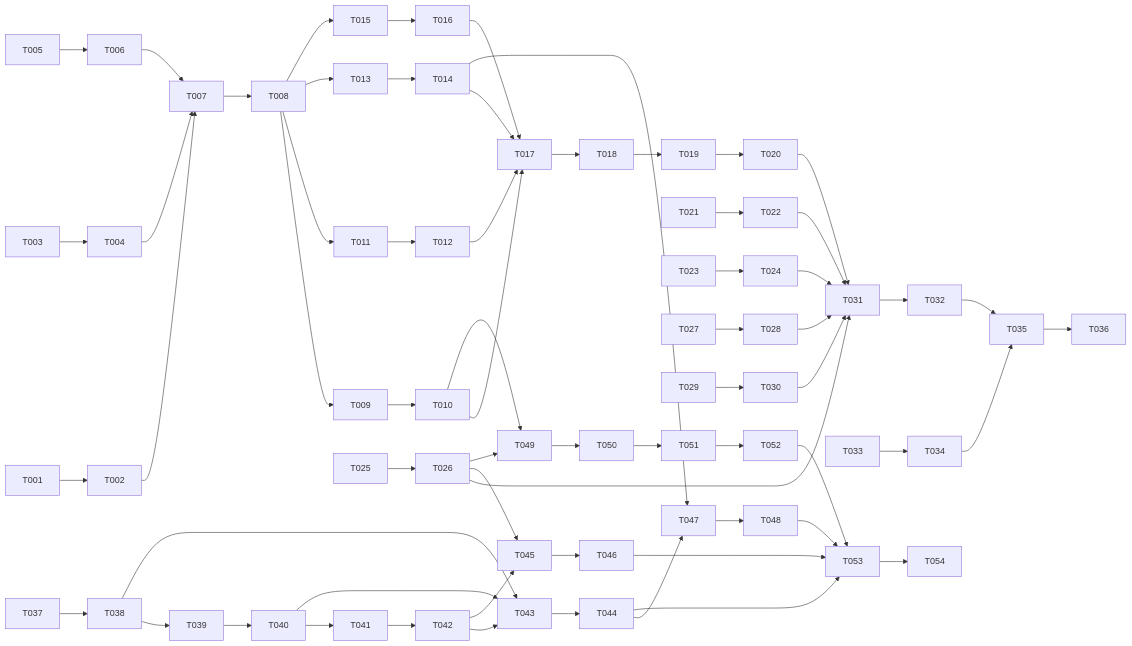
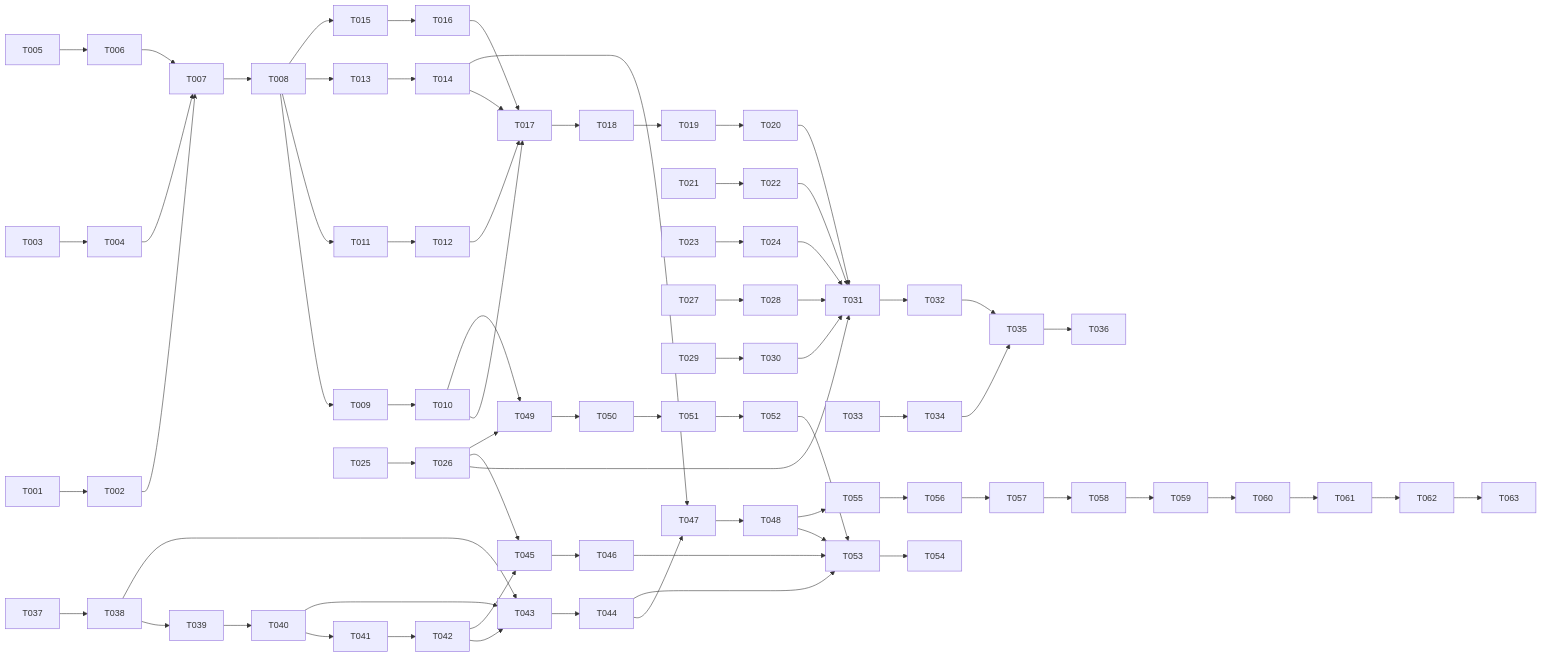
The diagram in specs/002-ai-tutor/tasks.md (nikshev/student123), drawn with Mermaid before and after one commit. The commit also changed other lines of this file and 32 other files, not shown here.

````diff
--- a/specs/002-ai-tutor/tasks.md
+++ b/specs/002-ai-tutor/tasks.md
@@ -149,44 +167,45 @@
 ```mermaid
 flowchart LR
   T001 --> T002
   T003 --> T004
   T005 --> T006
   T002 & T004 & T006 --> T007
   T007 --> T008
   T008 --> T009 & T011 & T013 & T015
   T009 --> T010
   T011 --> T012
   T013 --> T014
   T015 --> T016
   T010 & T012 & T014 & T016 --> T017
   T017 --> T018
   T018 --> T019
   T019 --> T020
   T021 --> T022
   T023 --> T024
   T025 --> T026
   T027 --> T028
   T029 --> T030
   T020 & T022 & T024 & T026 & T028 & T030 --> T031
   T031 --> T032
   T033 --> T034
   T032 & T034 --> T035
   T035 --> T036
   T037 --> T038
   T038 --> T039
   T039 --> T040
   T040 --> T041
   T041 --> T042
   T038 & T040 & T042 --> T043
   T043 --> T044
   T026 & T042 --> T045
   T045 --> T046
   T014 & T044 --> T047
   T047 --> T048
   T010 & T026 --> T049
   T049 --> T050
   T050 --> T051
   T051 --> T052
   T044 & T046 & T048 & T052 --> T053
   T053 --> T054
+  T048 --> T055 --> T056 --> T057 --> T058 --> T059 --> T060 --> T061 --> T062 --> T063
 ```
````
